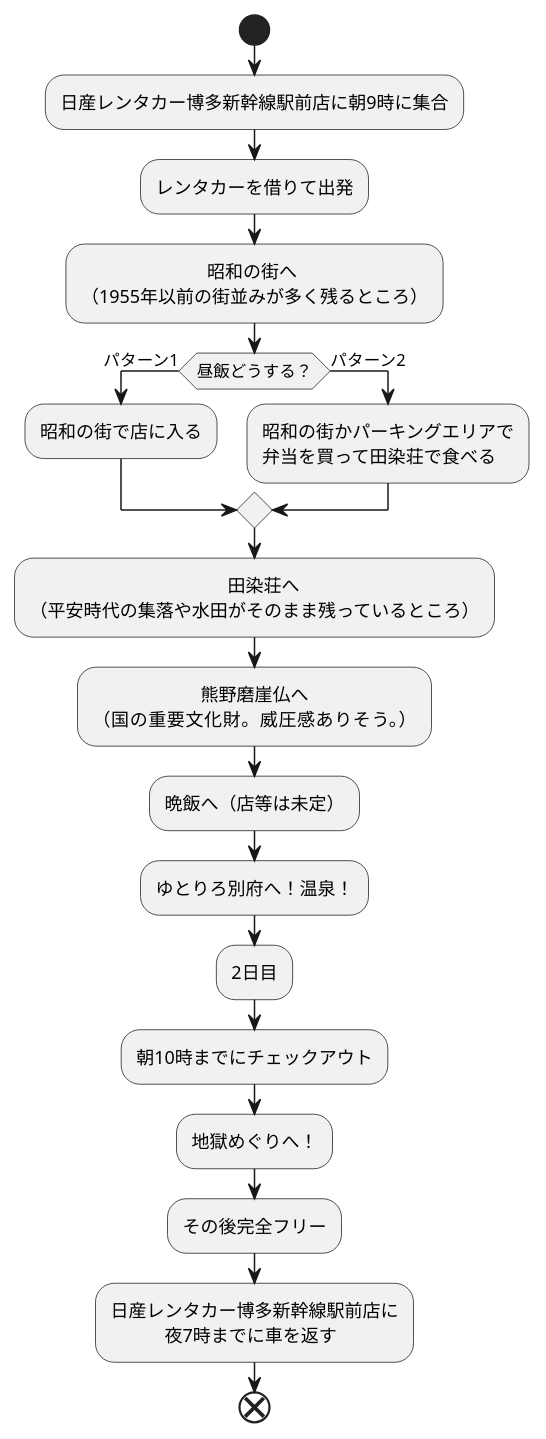
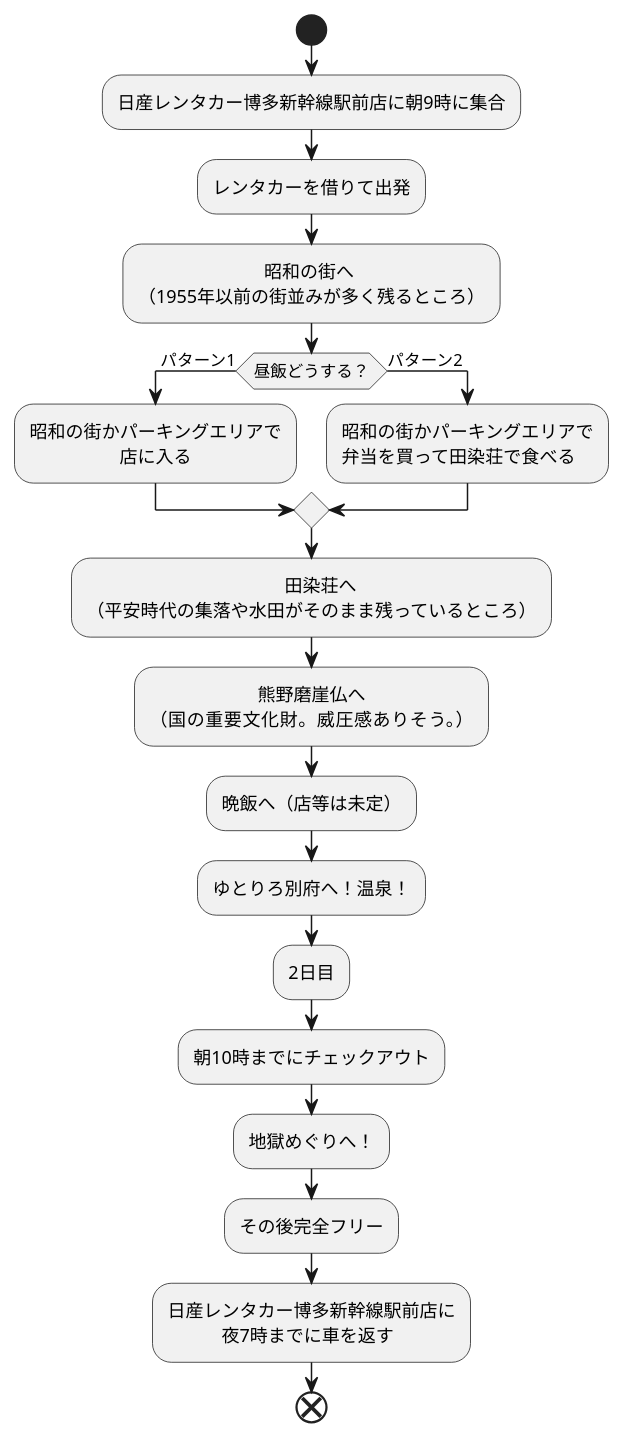
The diagram in trip/trip.md (Aso2001369/2021sys-design), drawn with PlantUML before and after one commit.

````diff
--- a/trip/trip.md
+++ b/trip/trip.md
@@ -1,30 +1,31 @@
 ```uml
 @startuml
 start
 
 :日産レンタカー博多新幹線駅前店に朝9時に集合;
 :レンタカーを借りて出発;
 :　　　　　　　昭和の街へ
 （1955年以前の街並みが多く残るところ）;
 if(昼飯どうする？)then(パターン1)
-:昭和の街で店に入る;
+:昭和の街かパーキングエリアで
+　　　　　店に入る;
 else(パターン2)
 :昭和の街かパーキングエリアで
 弁当を買って田染荘で食べる;
 endif
 :　　　　　　　　　　　田染荘へ
 （平安時代の集落や水田がそのまま残っているところ）;
 :　　　　　　熊野磨崖仏へ
 （国の重要文化財。威圧感ありそう。）;
 :晩飯へ（店等は未定）;
 :ゆとりろ別府へ！温泉！;
 :2日目;
 :朝10時までにチェックアウト;
 :地獄めぐりへ！;
 :その後完全フリー;
 :日産レンタカー博多新幹線駅前店に
 　　　夜7時までに車を返す;
 
 end
 @enduml
 ```
````
